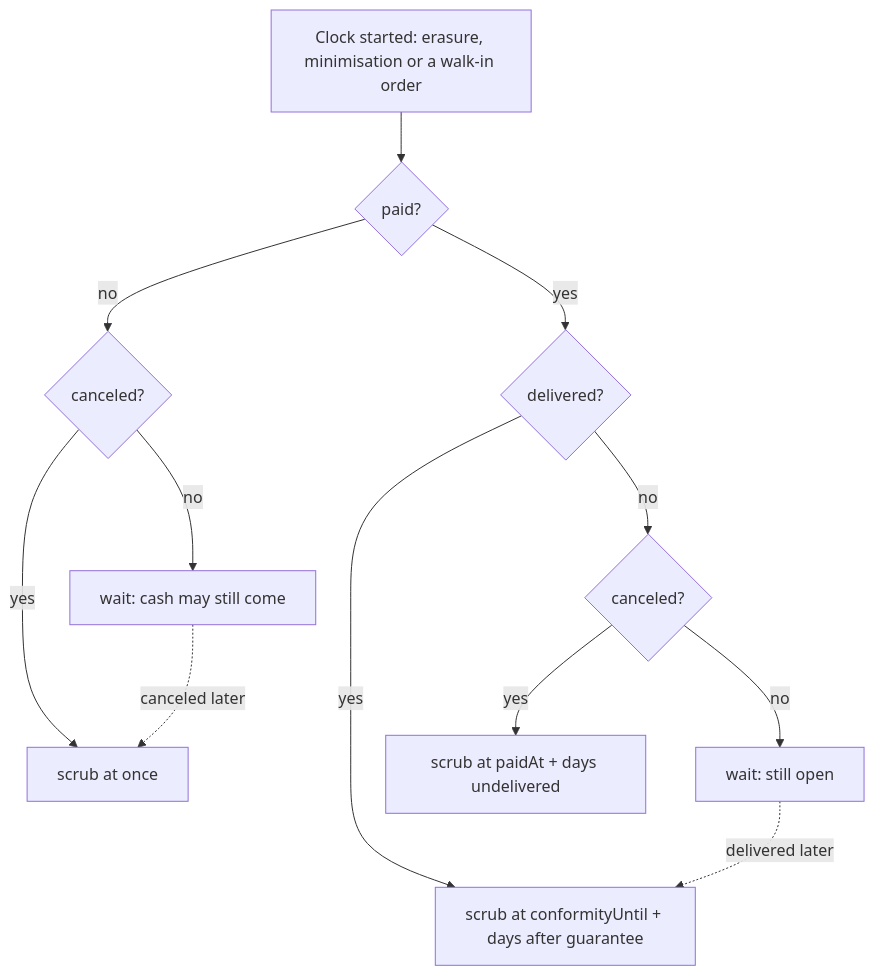
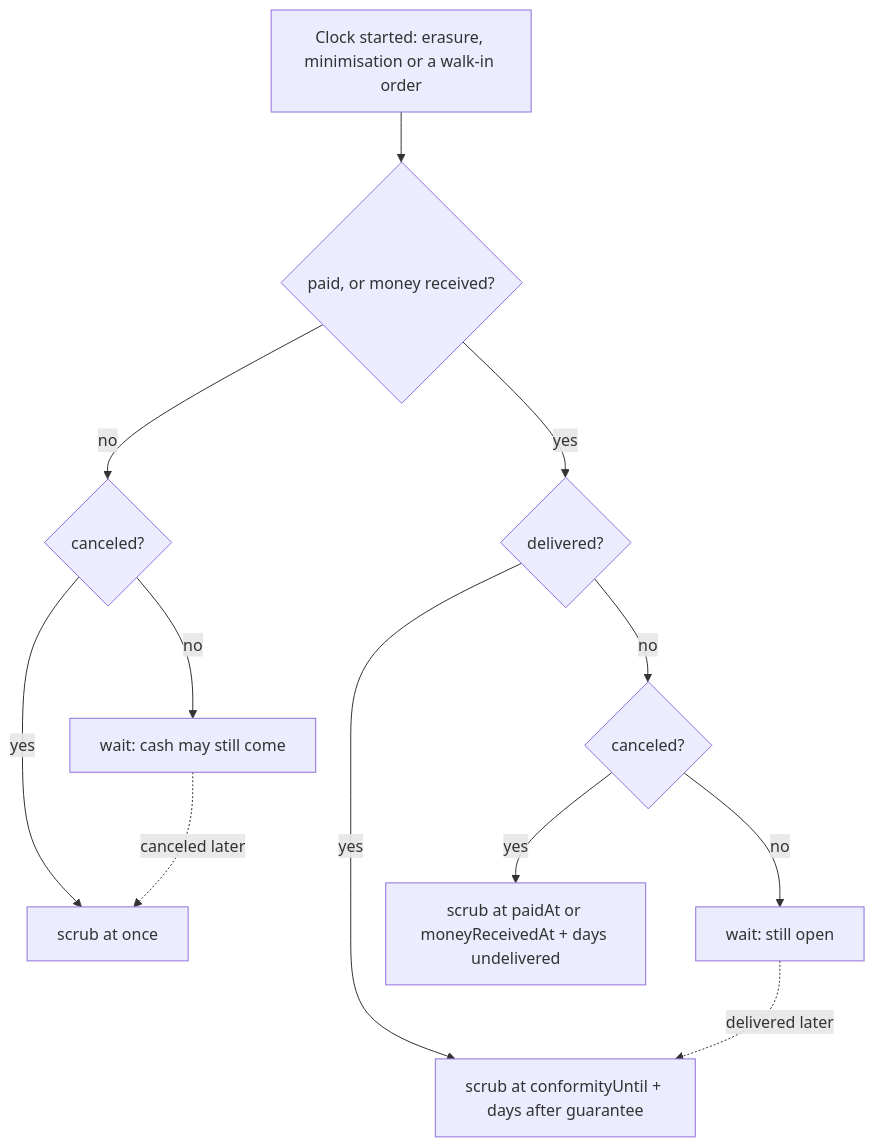
The first of 2 diagrams in docs/understand/data-retention-orders.md (Guebbit/boilerplate-node-backend), drawn with Mermaid before and after one commit. The commit also changed other lines of this file and 7 other files, not shown here.

First line of the commit message:
fix(orders): keep a canceled order's buyer when money landed late, so the refund can be followed up

````diff
--- a/docs/understand/data-retention-orders.md
+++ b/docs/understand/data-retention-orders.md
@@ -25,14 +29,14 @@
 ```mermaid
 flowchart TD
-    A[Clock started: erasure, minimisation or a walk-in order] --> B{paid?}
+    A[Clock started: erasure, minimisation or a walk-in order] --> B{paid, or money received?}
     B -- no --> Q{canceled?}
     Q -- yes --> N[scrub at once]
     Q -- no --> W[wait: cash may still come]
     W -. canceled later .-> N
     B -- yes --> C{delivered?}
     C -- yes --> D[scrub at conformityUntil + days after guarantee]
     C -- no --> E{canceled?}
-    E -- yes --> F[scrub at paidAt + days undelivered]
+    E -- yes --> F[scrub at paidAt or moneyReceivedAt + days undelivered]
     E -- no --> G[wait: still open]
     G -. delivered later .-> D
 ```
````
